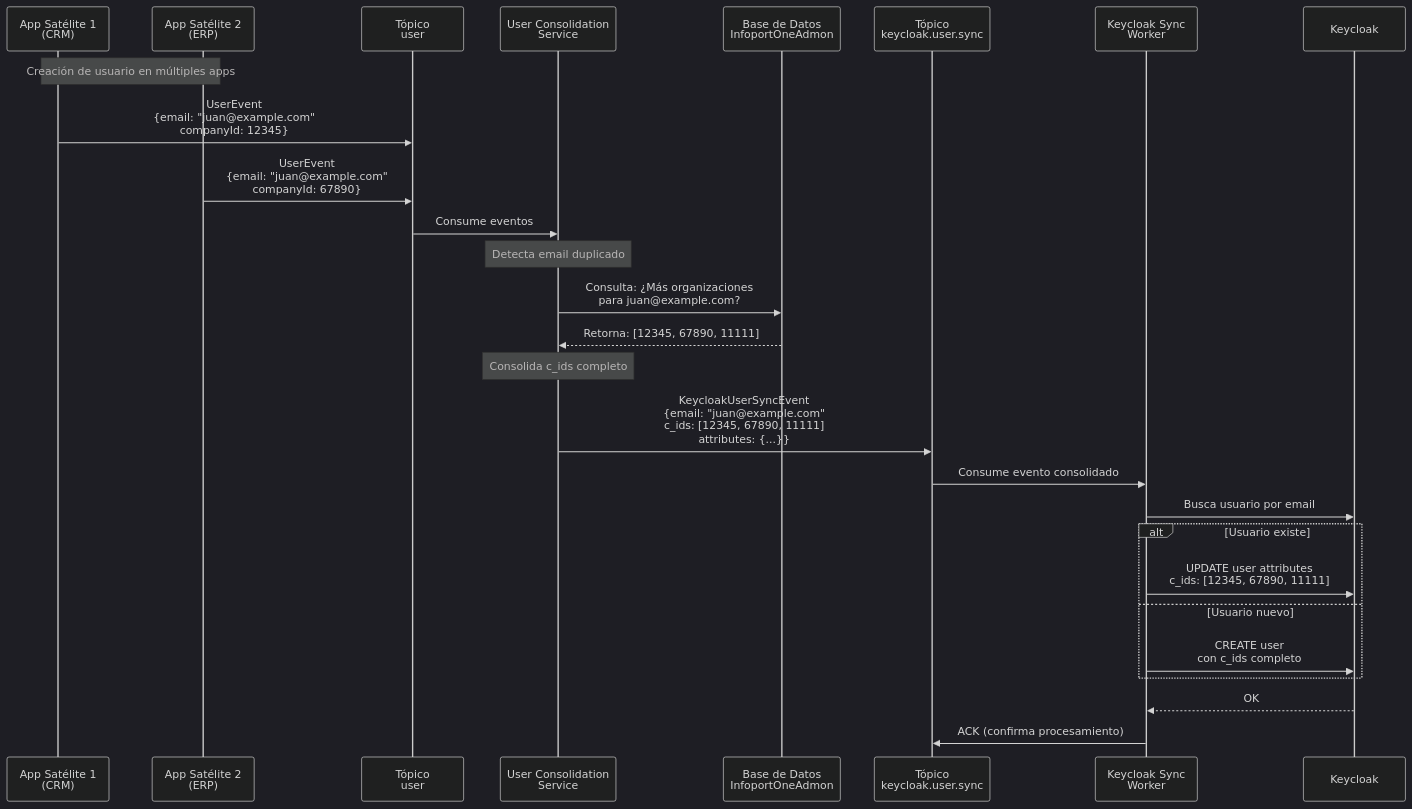
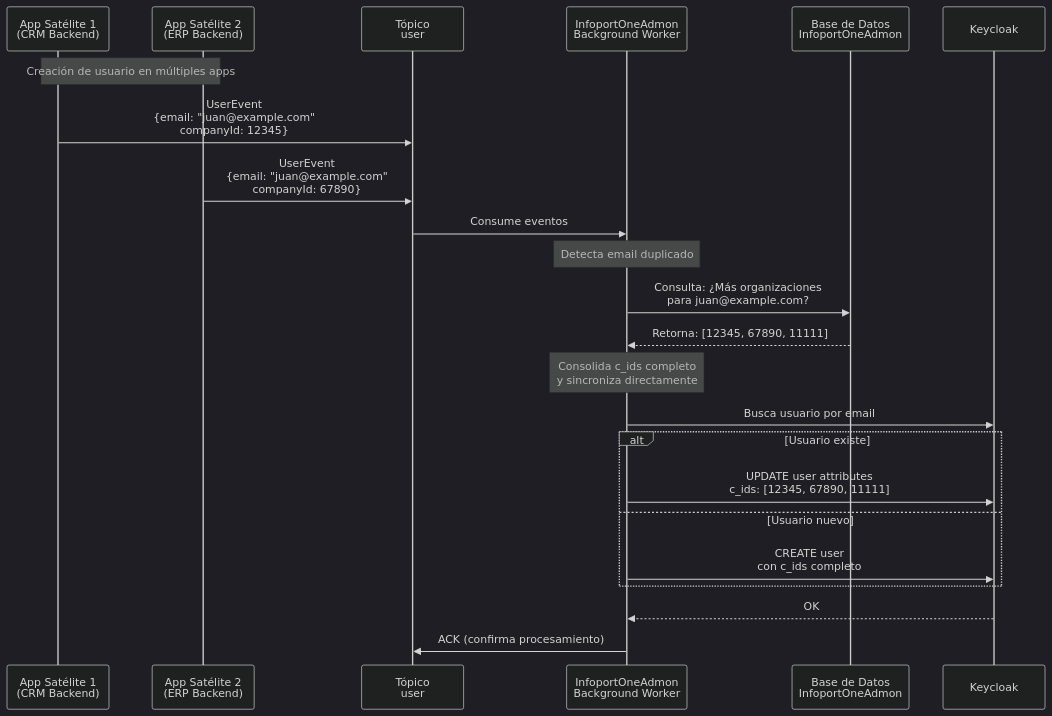
Before and after one commit to malbert-infoport/AI4Devs: the first of 7 diagrams in readme.md, drawn with Mermaid (dark theme). The commit also changed other lines of this file, not shown here.

Commit message:
Se elimina el evento user_sync ya que directamente InfoportOne ya realiza la sincronización

````diff
--- a/readme.md
+++ b/readme.md
@@ -206,40 +205,34 @@
 ```mermaid
 sequenceDiagram
-    participant App1 as App Satélite 1<br/>(CRM)
-    participant App2 as App Satélite 2<br/>(ERP)
+    participant App1 as App Satélite 1<br/>(CRM Backend)
+    participant App2 as App Satélite 2<br/>(ERP Backend)
     participant Topic1 as Tópico<br/>user
-    participant Consolidator as User Consolidation<br/>Service
+    participant BGWorker as InfoportOneAdmon<br/>Background Worker
     participant DB as Base de Datos<br/>InfoportOneAdmon
-    participant Topic2 as Tópico<br/>keycloak.user.sync
-    participant KCWorker as Keycloak Sync<br/>Worker
     participant KC as Keycloak
 
     Note over App1,App2: Creación de usuario en múltiples apps
 
     App1->>Topic1: UserEvent<br/>{email: "juan@example.com"<br/>companyId: 12345}
     App2->>Topic1: UserEvent<br/>{email: "juan@example.com"<br/>companyId: 67890}
 
-    Topic1->>Consolidator: Consume eventos
+    Topic1->>BGWorker: Consume eventos
     
-    Note over Consolidator: Detecta email duplicado
+    Note over BGWorker: Detecta email duplicado
     
-    Consolidator->>DB: Consulta: ¿Más organizaciones<br/>para juan@example.com?
-    DB-->>Consolidator: Retorna: [12345, 67890, 11111]
+    BGWorker->>DB: Consulta: ¿Más organizaciones<br/>para juan@example.com?
+    DB-->>BGWorker: Retorna: [12345, 67890, 11111]
     
-    Note over Consolidator: Consolida c_ids completo
+    Note over BGWorker: Consolida c_ids completo<br/>y sincroniza directamente
     
-    Consolidator->>Topic2: KeycloakUserSyncEvent<br/>{email: "juan@example.com"<br/>c_ids: [12345, 67890, 11111]<br/>attributes: {...}}
-    
-    Topic2->>KCWorker: Consume evento consolidado
-    
-    KCWorker->>KC: Busca usuario por email
+    BGWorker->>KC: Busca usuario por email
     
     alt Usuario existe
-        KCWorker->>KC: UPDATE user attributes<br/>c_ids: [12345, 67890, 11111]
+        BGWorker->>KC: UPDATE user attributes<br/>c_ids: [12345, 67890, 11111]
     else Usuario nuevo
-        KCWorker->>KC: CREATE user<br/>con c_ids completo
+        BGWorker->>KC: CREATE user<br/>con c_ids completo
     end
     
-    KC-->>KCWorker: OK
-    KCWorker->>Topic2: ACK (confirma procesamiento)
+    KC-->>BGWorker: OK
+    BGWorker->>Topic1: ACK (confirma procesamiento)
 ```
````
